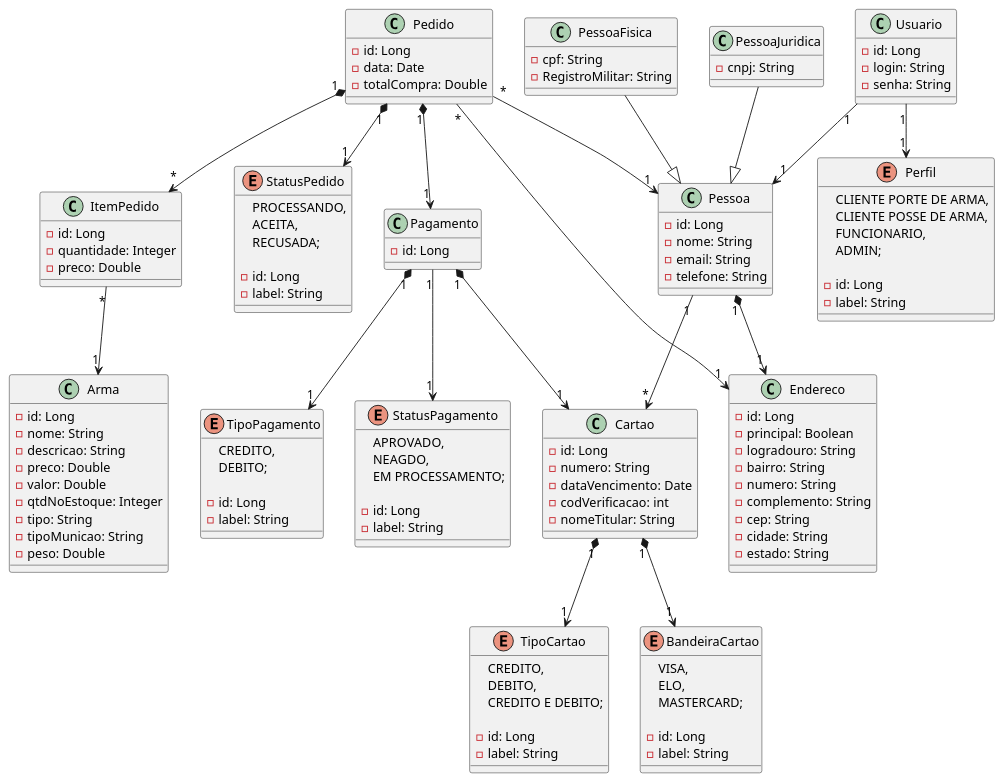
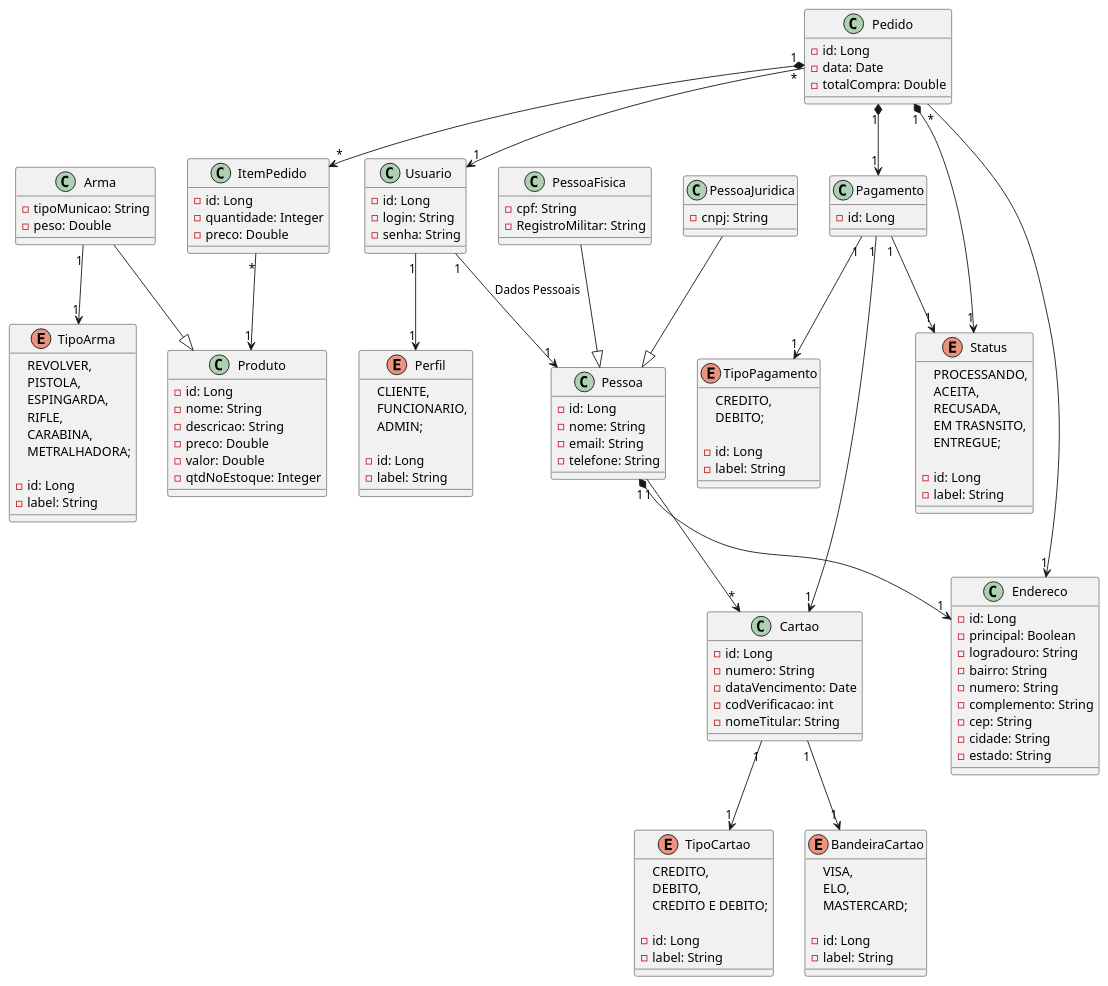
The diagram in src/main/java/unitins/tp1/docs/uml_militropa.plantuml (daniel-ferreira-da-costa/militropa), drawn with PlantUML before and after one commit. The commit also changed 9 other files, not shown here.

Commit message:
Att arma e produto

```diff
--- a/src/main/java/unitins/tp1/docs/uml_militropa.plantuml
+++ b/src/main/java/unitins/tp1/docs/uml_militropa.plantuml
@@ -1,154 +1,162 @@
 @startuml Tabacaria
 '========Produto========='
-class Arma{
+class Produto{
     - id: Long
     - nome: String
     - descricao: String
     - preco: Double
     - valor: Double
     - qtdNoEstoque: Integer
-    - tipo: String
+}
+
+class Arma{
     - tipoMunicao: String
     - peso: Double
+}
+
+enum TipoArma{
+    REVOLVER,
+    PISTOLA,
+    ESPINGARDA,
+    RIFLE,
+    CARABINA,
+    METRALHADORA;
+
+    - id: Long
+    - label: String
 }
 
 '========Usuario========='
 class Usuario{
     - id: Long
     - login: String
     - senha: String
 }
 
 enum Perfil{
-    CLIENTE PORTE DE ARMA, 
-    CLIENTE POSSE DE ARMA, 
+    CLIENTE,
     FUNCIONARIO, 
     ADMIN;
 
     - id: Long
     - label: String
 }
 
 class Pessoa{
     - id: Long
     - nome: String
     - email: String
     - telefone: String
 }
 
 'Registro Nacional de Armas (RNA)'
 class PessoaFisica{
     - cpf: String
     - RegistroMilitar: String 
 }
 
 class PessoaJuridica{
     - cnpj: String
 }
 '========Venda========='
 class Pedido {
     - id: Long
     - data: Date
     - totalCompra: Double
 }
 
 class ItemPedido {
     - id: Long
     - quantidade: Integer
     - preco: Double
 }
 
-enum StatusPedido{
+enum Status{
     PROCESSANDO, 
     ACEITA,
-    RECUSADA;
+    RECUSADA,
+    EM TRASNSITO,
+    ENTREGUE;
 
     - id: Long
     - label: String
 }
 '========Pagamento========='
 class Pagamento{
     - id: Long
-}
-
-enum StatusPagamento{
-    APROVADO, 
-    NEAGDO, 
-    EM PROCESSAMENTO;
-
-    - id: Long
-    - label: String
 }
 
 class Cartao{
     - id: Long
     - numero: String
     - dataVencimento: Date
     - codVerificacao: int
     - nomeTitular: String
 }
 
 enum TipoCartao{
     CREDITO, 
     DEBITO, 
     CREDITO E DEBITO;
 
     - id: Long
     - label: String 
 }
 
 enum TipoPagamento {
     CREDITO, 
     DEBITO;
 
     - id: Long
     - label: String 
 }
 
 enum BandeiraCartao {
     VISA,
     ELO,
     MASTERCARD;
 
     - id: Long
     - label: String 
 }
 '========Endereco========='
 class Endereco {
     - id: Long
     - principal: Boolean
     - logradouro: String
     - bairro: String
     - numero: String
     - complemento: String
     - cep: String
     - cidade: String
     - estado: String
 }
 
 '========Relacionamentos========='
 
 Pedido "1" *--> "1" Pagamento
 Pedido "1" *--> "*" ItemPedido
-Pedido "1" *--> "1" StatusPedido
-Pedido "*" --> "1" Pessoa
+Pedido "1" *--> "1" Status
+Pedido "*" --> "1" Usuario
 Pedido "*" --> "1" Endereco
 
-Pagamento "1" --> "1" StatusPagamento
-Pagamento "1" *--> "1" Cartao
-Pagamento "1" *--> "1" TipoPagamento
+Pagamento "1" --> "1" Status
+Pagamento "1" --> "1" Cartao
+Pagamento "1" --> "1" TipoPagamento
 
-Cartao "1" *--> "1" TipoCartao
-Cartao "1" *--> "1" BandeiraCartao
+Cartao "1" --> "1" TipoCartao
+Cartao "1" --> "1" BandeiraCartao
 
-ItemPedido "*" --> "1" Arma
+ItemPedido "*" --> "1" Produto
 
 Usuario "1" --> "1" Perfil
-Usuario "1" --> "1" Pessoa
+Usuario "1" --> "1" Pessoa : "Dados Pessoais"
 Pessoa "1" *--> "1" Endereco
 Pessoa "1" --> "*" Cartao
 
 PessoaFisica --|> Pessoa
 PessoaJuridica --|> Pessoa
 
+Arma --|> Produto
+Arma "1" --> "1" TipoArma
 @enduml
```
